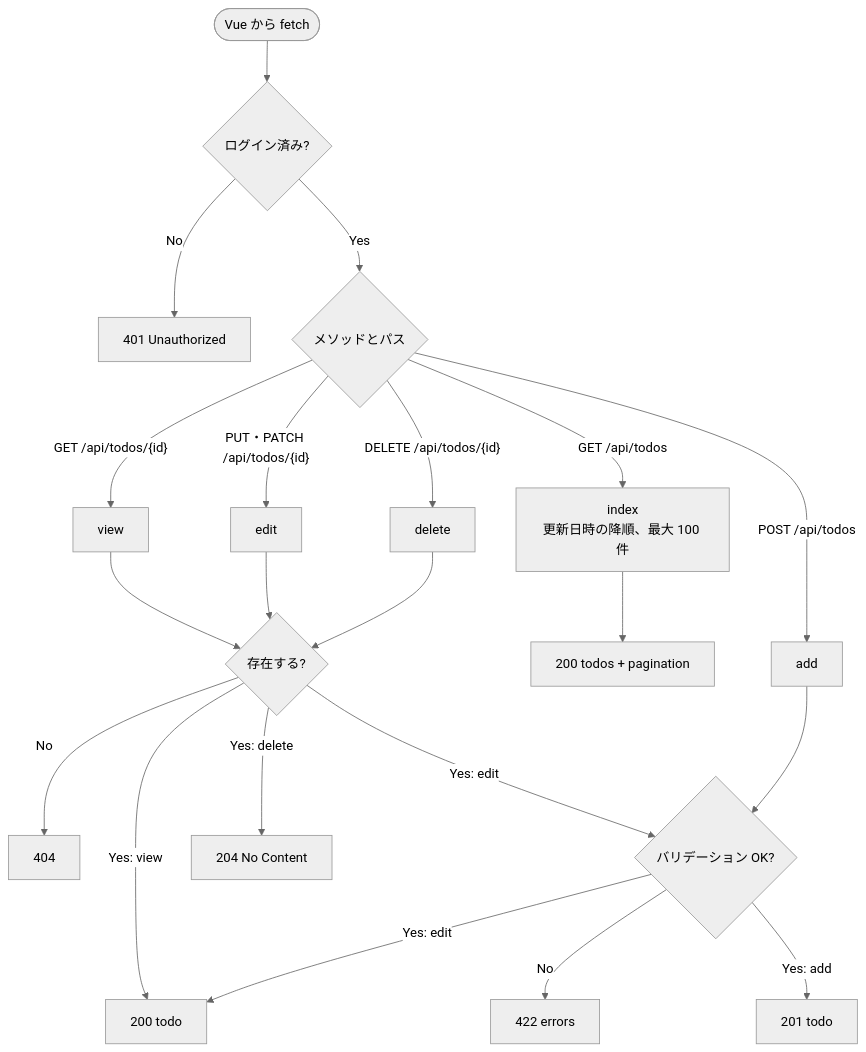
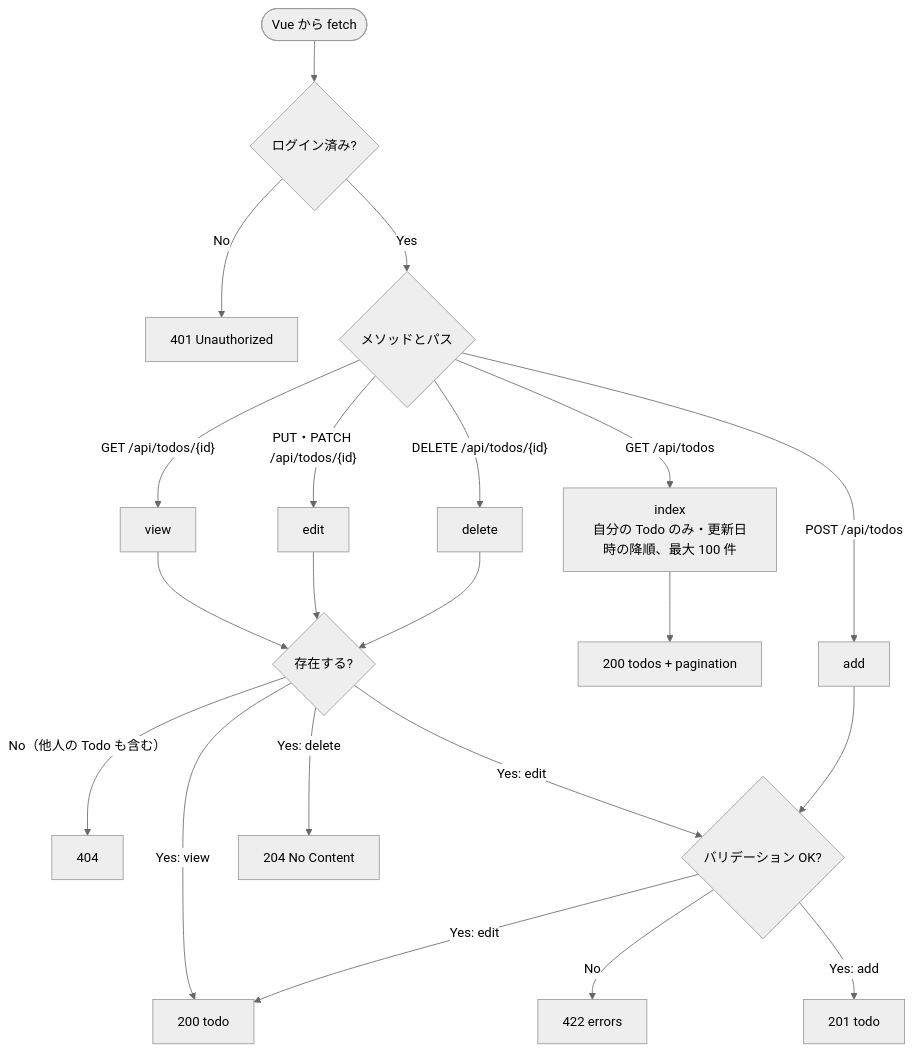
Before and after one commit to moritam/cakephp-test: the eighth of 9 diagrams in docs/ARCHITECTURE.md, drawn with Mermaid (neutral theme). The commit also changed other lines of this file and 11 other files, not shown here.

````diff
--- a/docs/ARCHITECTURE.md
+++ b/docs/ARCHITECTURE.md
@@ -234,25 +239,25 @@
 ```mermaid
 flowchart TD
     Start(["Vue から fetch"]) --> Auth{"ログイン済み?"}
     Auth -->|No| R401["401 Unauthorized"]
     Auth -->|Yes| Route{"メソッドとパス"}
 
-    Route -->|"GET /api/todos"| Index["index<br/>更新日時の降順、最大 100 件"]
+    Route -->|"GET /api/todos"| Index["index<br/>自分の Todo のみ・更新日時の降順、最大 100 件"]
     Route -->|"GET /api/todos/{id}"| View["view"]
     Route -->|"POST /api/todos"| Add["add"]
     Route -->|"PUT・PATCH /api/todos/{id}"| Edit["edit"]
     Route -->|"DELETE /api/todos/{id}"| Delete["delete"]
 
     Index --> R200L["200 todos + pagination"]
     View --> Found{"存在する?"}
     Edit --> Found
     Delete --> Found
-    Found -->|No| R404["404"]
+    Found -->|"No（他人の Todo も含む）"| R404["404"]
     Found -->|"Yes: view"| R200["200 todo"]
     Found -->|"Yes: edit"| Valid{"バリデーション OK?"}
     Found -->|"Yes: delete"| R204["204 No Content"]
     Add --> Valid
     Valid -->|No| R422["422 errors"]
     Valid -->|"Yes: add"| R201["201 todo"]
     Valid -->|"Yes: edit"| R200
 ```
````
